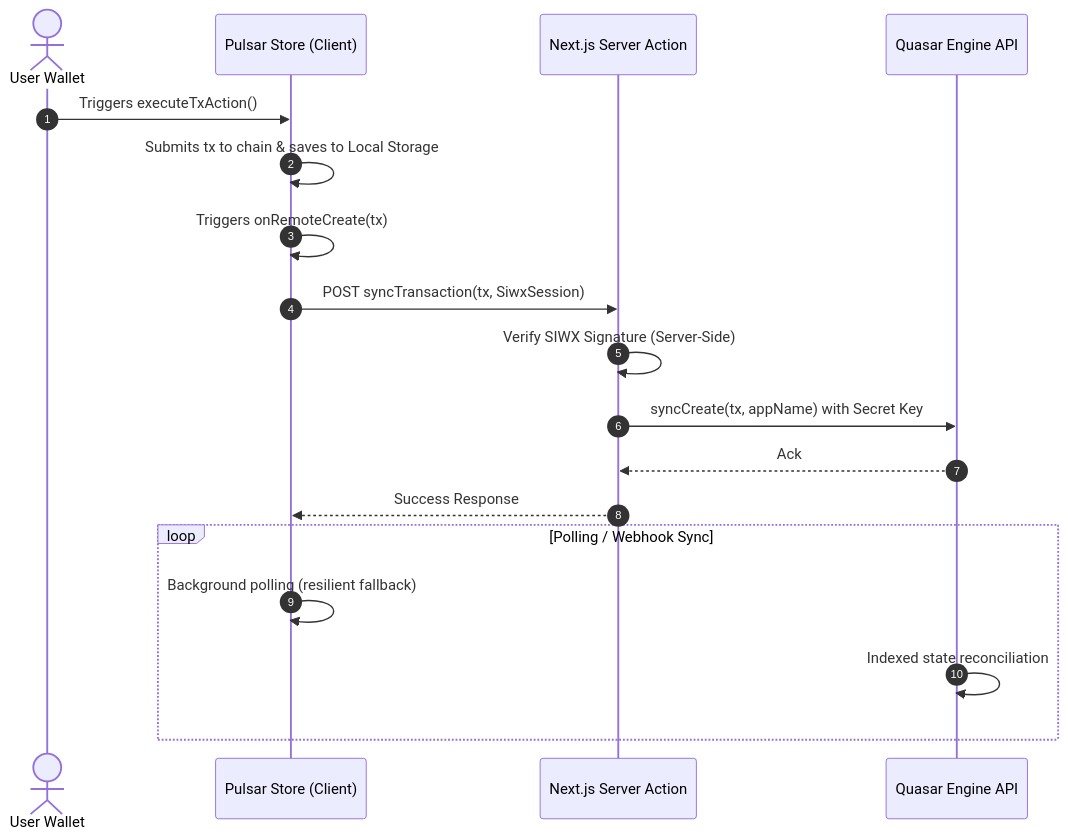
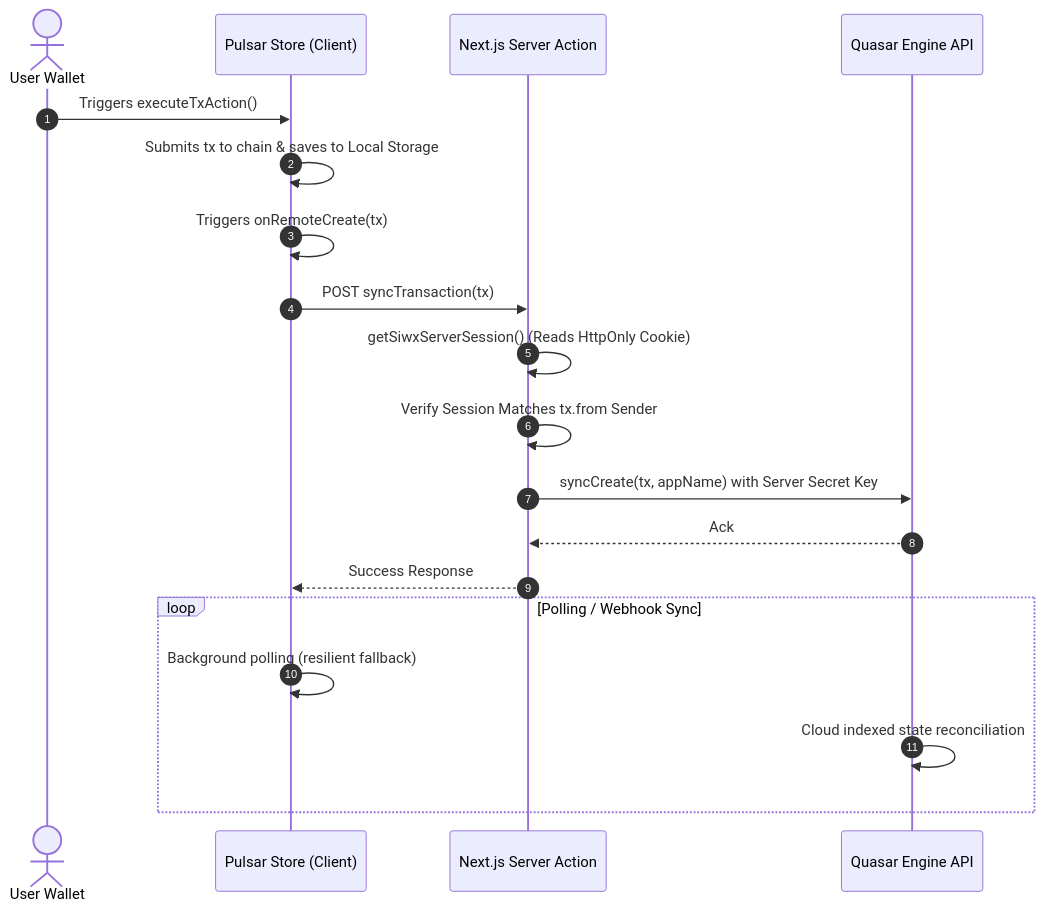
Before and after one commit to TuwaIO/pulsar-core: the diagram in apps/docs/src/content/quasarIntegration.mdx, drawn with Mermaid. The commit also changed other lines of this file and 78 other files, not shown here.

````diff
--- a/apps/docs/src/content/quasarIntegration.mdx
+++ b/apps/docs/src/content/quasarIntegration.mdx
@@ -18,21 +18,22 @@
 ```mermaid
 sequenceDiagram
     autonumber
     actor User as User Wallet
     participant Client as Pulsar Store (Client)
     participant Action as Next.js Server Action
     participant Quasar as Quasar Engine API
 
     User->>Client: Triggers executeTxAction()
     Client->>Client: Submits tx to chain & saves to Local Storage
     Client->>Client: Triggers onRemoteCreate(tx)
-    Client->>Action: POST syncTransaction(tx, SiwxSession)
-    Action->>Action: Verify SIWX Signature (Server-Side)
-    Action->>Quasar: syncCreate(tx, appName) with Secret Key
+    Client->>Action: POST syncTransaction(tx)
+    Action->>Action: getSiwxServerSession() (Reads HttpOnly Cookie)
+    Action->>Action: Verify Session Matches tx.from Sender
+    Action->>Quasar: syncCreate(tx, appName) with Server Secret Key
     Quasar-->>Action: Ack
     Action-->>Client: Success Response
     loop Polling / Webhook Sync
         Client->>Client: Background polling (resilient fallback)
-        Quasar->>Quasar: Indexed state reconciliation
+        Quasar->>Quasar: Cloud indexed state reconciliation
     end
 ```
````
